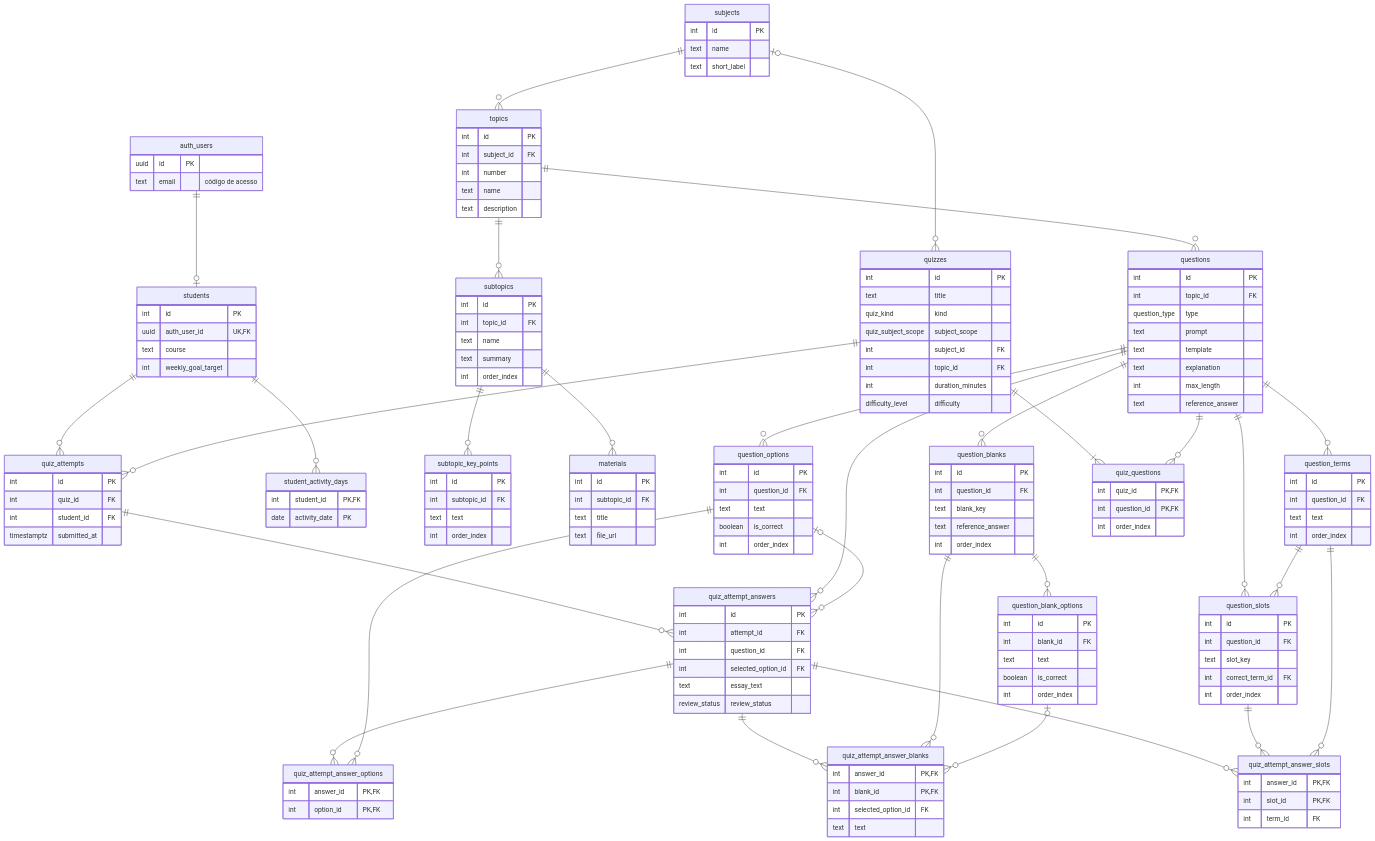
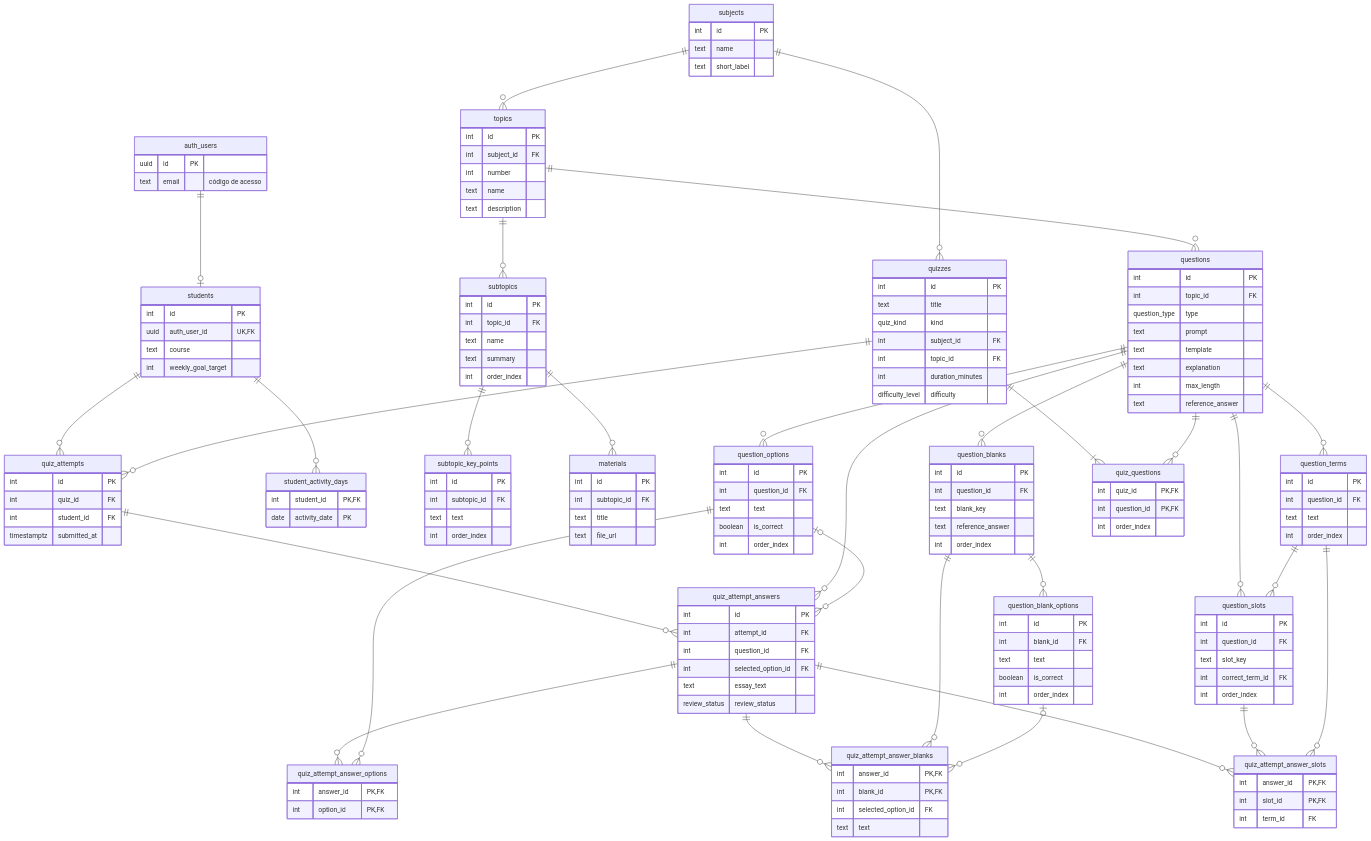
One commit to igor-fuchs01/student-app changed the second of 2 diagrams in docs/06-modelagem-de-dados.md. Above: the diagram before and after it, drawn with Mermaid. The commit also changed other lines of this file and 1 other file, not shown here.

```diff
--- a/docs/06-modelagem-de-dados.md
+++ b/docs/06-modelagem-de-dados.md
@@ -317,7 +317,7 @@
     questions ||--o{ question_slots : ""
     question_terms ||--o{ question_slots : ""
 
-    subjects |o--o{ quizzes : ""
+    subjects ||--o{ quizzes : ""
     quizzes ||--|{ quiz_questions : ""
     questions ||--o{ quiz_questions : ""
     quizzes ||--o{ quiz_attempts : ""
@@ -435,7 +435,6 @@
         int id PK
         text title
         quiz_kind kind
-        quiz_subject_scope subject_scope
         int subject_id FK
         int topic_id FK
         int duration_minutes
```
